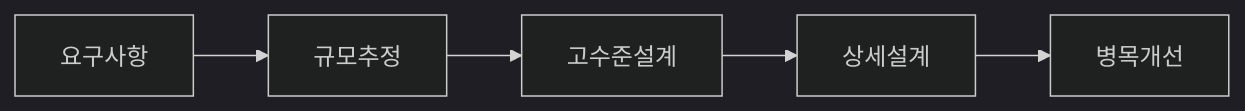
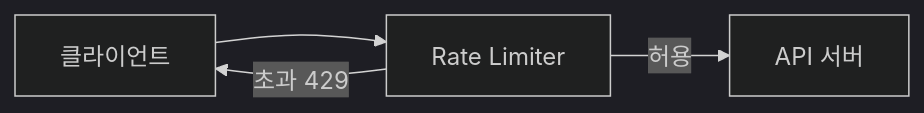
The eighth of 8 diagrams in _posts/systemdesign/2026-05-02-system-design-fundamentals.md (yjkim2015/yjkim2015.github.io), drawn with Mermaid (dark theme) before and after one commit. The commit also changed other lines of this file and 4 other files, not shown here.

````diff
--- a/_posts/systemdesign/2026-05-02-system-design-fundamentals.md
+++ b/_posts/systemdesign/2026-05-02-system-design-fundamentals.md
@@ -816,7 +1919,6 @@
 ```mermaid
 graph LR
-    A[요구사항] --> B[규모추정]
-    B --> C[고수준설계]
-    C --> D[상세설계]
-    D --> E[병목개선]
+    Client[클라이언트] --> RL[Rate Limiter]
+    RL -->|허용| API[API 서버]
+    RL -->|초과 429| Client
 ```
````
